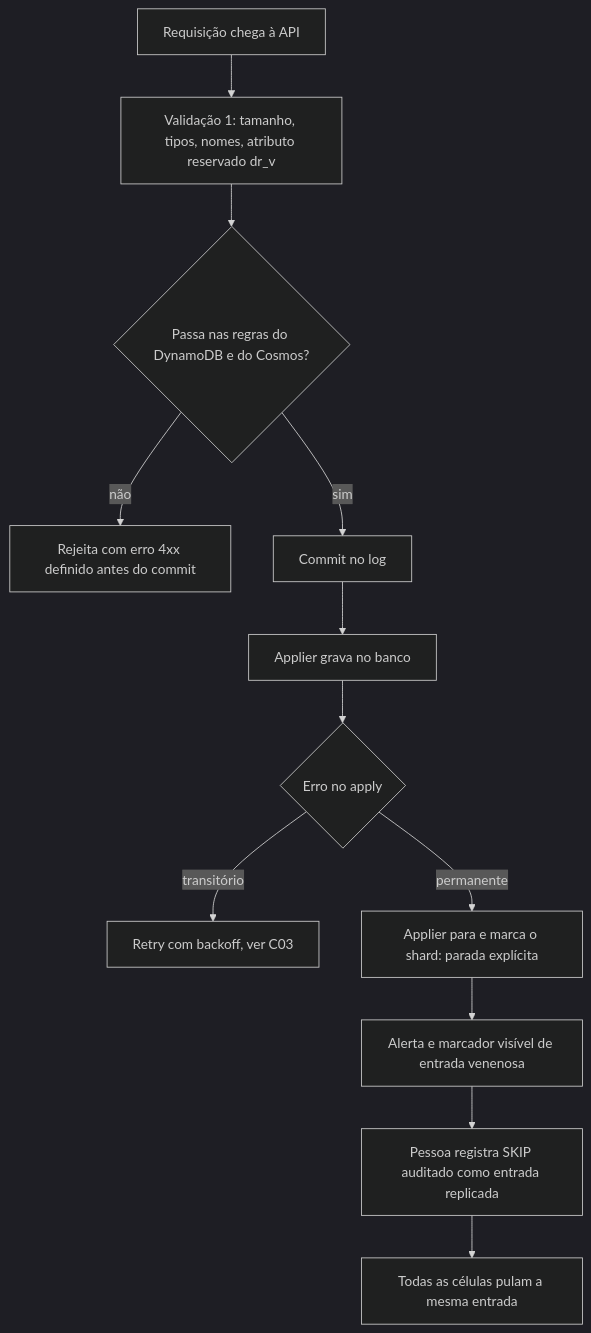
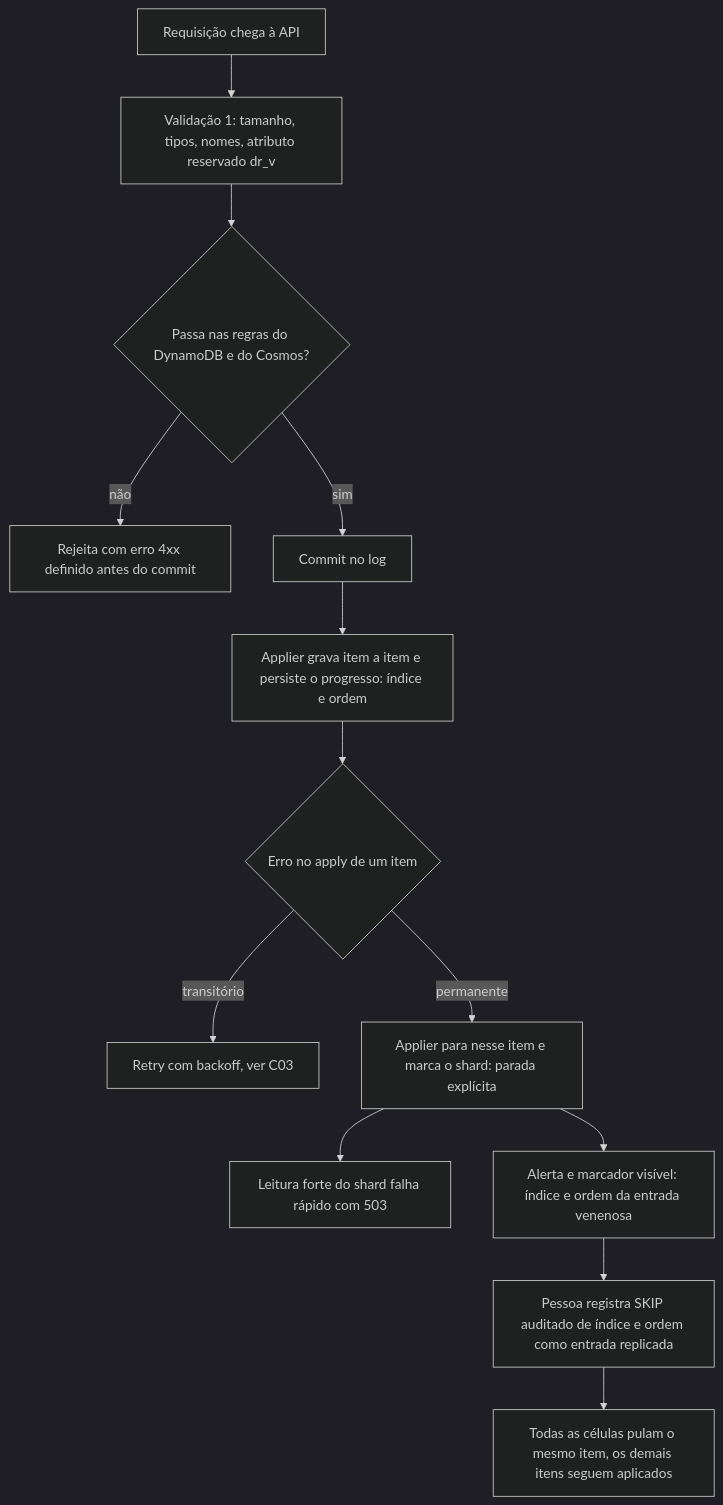
One commit to brbarmex/k changed the diagram in 02_cenarios/atualizados/C26-entrada-venenosa.md. Above: the diagram before and after it, drawn with Mermaid (dark theme). The commit also changed other lines of this file and 139 other files, not shown here.

````diff
--- a/02_cenarios/atualizados/C26-entrada-venenosa.md
+++ b/02_cenarios/atualizados/C26-entrada-venenosa.md
@@ -19,14 +19,15 @@
 ```mermaid
 flowchart TD
     A["Requisição chega à API"] --> B["Validação 1: tamanho, tipos, nomes, atributo reservado dr_v"]
     B --> C{"Passa nas regras do DynamoDB e do Cosmos?"}
     C -->|"não"| D["Rejeita com erro 4xx definido antes do commit"]
     C -->|"sim"| E["Commit no log"]
-    E --> F["Applier grava no banco"]
-    F --> G{"Erro no apply"}
+    E --> F["Applier grava item a item e persiste o progresso: índice e ordem"]
+    F --> G{"Erro no apply de um item"}
     G -->|"transitório"| H["Retry com backoff, ver C03"]
-    G -->|"permanente"| I["Applier para e marca o shard: parada explícita"]
-    I --> J["Alerta e marcador visível de entrada venenosa"]
-    J --> K["Pessoa registra SKIP auditado como entrada replicada"]
-    K --> L["Todas as células pulam a mesma entrada"]
+    G -->|"permanente"| I["Applier para nesse item e marca o shard: parada explícita"]
+    I --> I2["Leitura forte do shard falha rápido com 503"]
+    I --> J["Alerta e marcador visível: índice e ordem da entrada venenosa"]
+    J --> K["Pessoa registra SKIP auditado de índice e ordem como entrada replicada"]
+    K --> L["Todas as células pulam o mesmo item, os demais itens seguem aplicados"]
 ```
````
